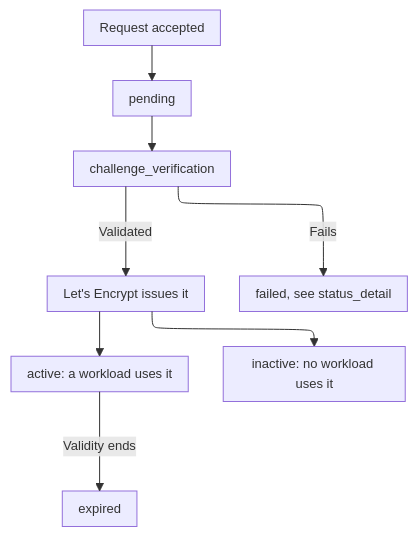
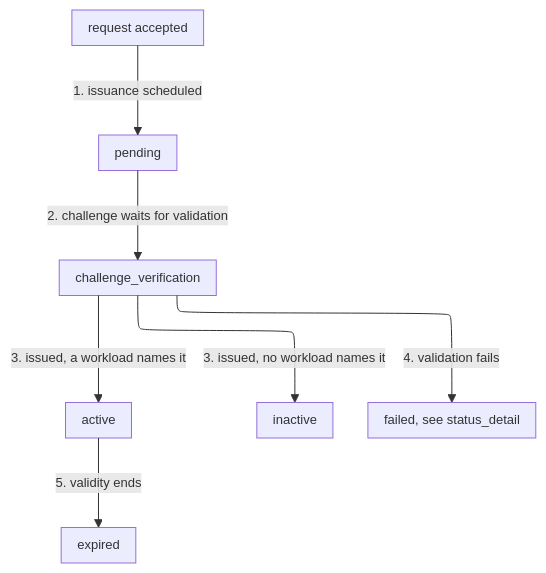
One commit to aziontech/docs changed the second of 2 diagrams in apps/docs/src/content/docs/en/pages/secure/certificate-manager/issuance-and-renewal.mdx. Above: the diagram before and after it, drawn with Mermaid. The commit also changed other lines of this file and 7 other files, not shown here.

````diff
--- a/apps/docs/src/content/docs/en/pages/secure/certificate-manager/issuance-and-renewal.mdx
+++ b/apps/docs/src/content/docs/en/pages/secure/certificate-manager/issuance-and-renewal.mdx
@@ -80,11 +108,17 @@
 ```mermaid
-%%{init: {"layout": "elk", "themeVariables": {"fontSize": "13px"}, "flowchart": {"nodeSpacing": 24, "rankSpacing": 36, "padding": 8, "wrappingWidth": 150, "useMaxWidth": true}, "sequence": {"width": 120, "actorMargin": 30, "useMaxWidth": true}}}%%
+%%{init: {"layout": "elk", "elk": {"preset": "modelOrder", "keepEntryNodeOnTop": true}, "themeVariables": {"fontSize": "13px"}, "flowchart": {"nodeSpacing": 24, "rankSpacing": 36, "padding": 8, "wrappingWidth": 150, "useMaxWidth": true}, "sequence": {"width": 120, "actorMargin": 30, "useMaxWidth": true}}}%%
 flowchart TD
-  Req["Request accepted"] --> Pending["pending"]
-  Pending --> Challenge["challenge_verification"]
-  Challenge -->|"Validated"| Issued["Let's Encrypt issues it"]
-  Challenge -->|"Fails"| Failed["failed, see status_detail"]
-  Issued --> Active["active: a workload uses it"]
-  Issued --> Inactive["inactive: no workload uses it"]
-  Active -->|"Validity ends"| Expired["expired"]
+  Req["request accepted"]
+  Pending["pending"]
+  Challenge["challenge_verification"]
+  Active["active"]
+  Inactive["inactive"]
+  Failed["failed, see status_detail"]
+  Expired["expired"]
+  Req -->|"1. issuance scheduled"| Pending
+  Pending -->|"2. challenge waits for validation"| Challenge
+  Challenge -->|"3. issued, a workload names it"| Active
+  Challenge -->|"3. issued, no workload names it"| Inactive
+  Challenge -->|"4. validation fails"| Failed
+  Active -->|"5. validity ends"| Expired
 ```
````
